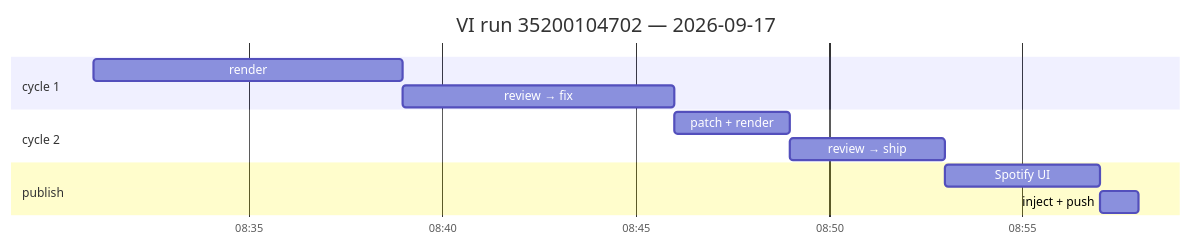
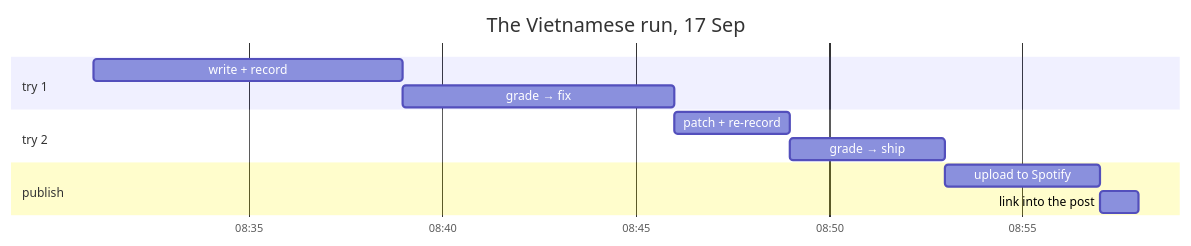
One commit to Matcry12/shipwithai-podcast-plugin changed the tenth of 12 diagrams in docs/00-overview.md. Above: the diagram before and after it, drawn with Mermaid. The commit also changed other lines of this file, not shown here.

````diff
--- a/docs/00-overview.md
+++ b/docs/00-overview.md
@@ -318,15 +299,15 @@
 ```mermaid
 gantt
-    title VI run 35200104702 — 2026-09-17
+    title The Vietnamese run, 17 Sep
     dateFormat HH:mm
     axisFormat %H:%M
-    section cycle 1
-    render          :08:31, 8m
-    review → fix    :08:39, 7m
-    section cycle 2
-    patch + render  :08:46, 3m
-    review → ship   :08:49, 4m
+    section try 1
+    write + record          :08:31, 8m
+    grade → fix             :08:39, 7m
+    section try 2
+    patch + re-record       :08:46, 3m
+    grade → ship            :08:49, 4m
     section publish
-    Spotify UI      :08:53, 4m
-    inject + push   :08:57, 1m
+    upload to Spotify       :08:53, 4m
+    link into the post      :08:57, 1m
 ```
````
